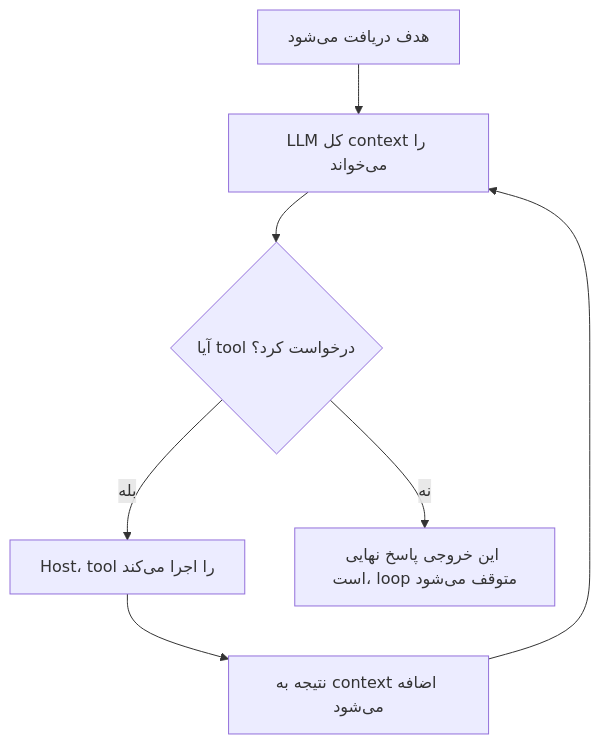
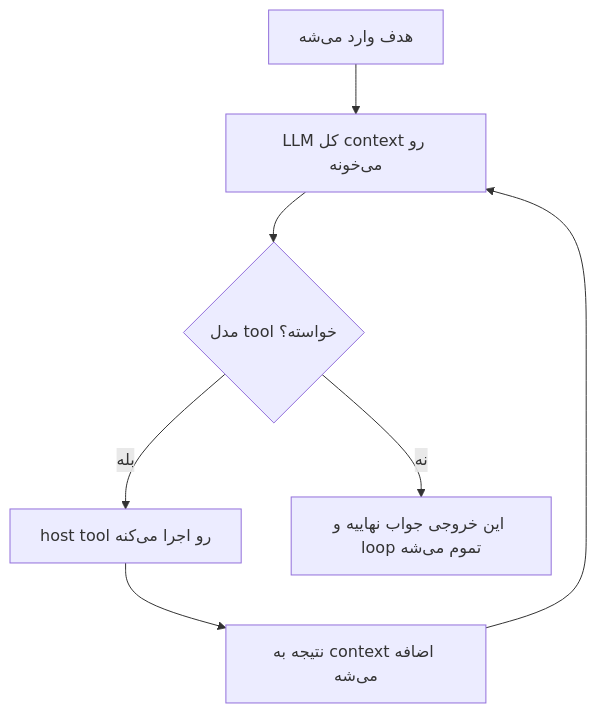
Before and after one commit to lokumai/ai-engineering-bazaar: the first of 2 diagrams in mini-courses/1_fundamentals/agents_fa.md, drawn with Mermaid. The commit also changed other lines of this file and 63 other files, not shown here.

````diff
--- a/mini-courses/1_fundamentals/agents_fa.md
+++ b/mini-courses/1_fundamentals/agents_fa.md
@@ -33,9 +33,9 @@
 ```mermaid
 graph TD
-    A["هدف دریافت می‌شود"] --> B["LLM کل context را می‌خواند"]
-    B --> C{"آیا tool درخواست کرد؟"}
-    C -->|بله| D["Host، tool را اجرا می‌کند"]
-    D --> E["نتیجه به context اضافه می‌شود"]
+    A["هدف وارد می‌شه"] --> B["LLM کل context رو می‌خونه"]
+    B --> C{"مدل tool خواسته؟"}
+    C -->|بله| D["host tool رو اجرا می‌کنه"]
+    D --> E["نتیجه به context اضافه می‌شه"]
     E --> B
-    C -->|نه| F["این خروجی پاسخ نهایی است، loop متوقف می‌شود"]
+    C -->|نه| F["این خروجی جواب نهاییه و loop تموم می‌شه"]
 ```
````
